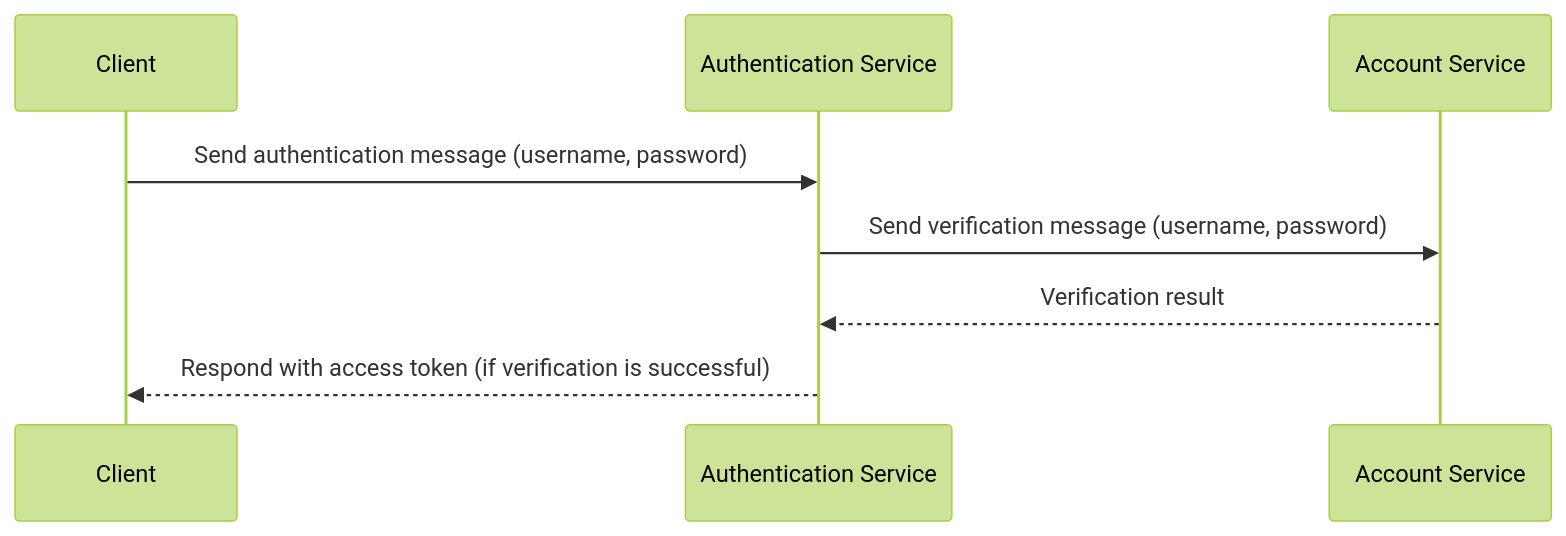
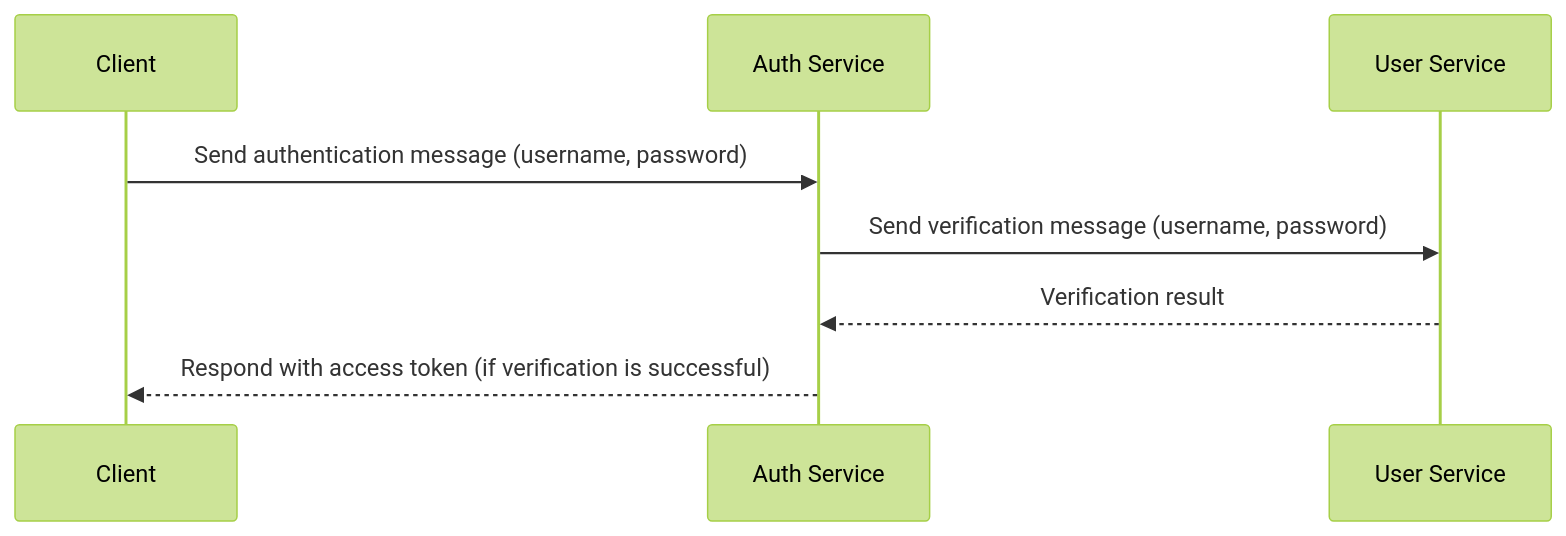
The diagram in auth/README.md (KalGookSoo/springboot-msa), drawn with Mermaid (forest theme) before and after one commit. The commit also changed other lines of this file, not shown here.

Commit message:
docs: :auth README.md 수정 모듈 명칭 변경

````diff
--- a/auth/README.md
+++ b/auth/README.md
@@ -70,11 +70,11 @@
 ```mermaid
 sequenceDiagram
     participant Client
-    participant Authentication Service
-    participant Account Service
+    participant Auth Service
+    participant User Service
 
-    Client->>Authentication Service: Send authentication message (username, password)
-    Authentication Service->>Account Service: Send verification message (username, password)
-    Account Service-->>Authentication Service: Verification result
-    Authentication Service-->>Client: Respond with access token (if verification is successful)
+    Client->>Auth Service: Send authentication message (username, password)
+    Auth Service->>User Service: Send verification message (username, password)
+    User Service-->>Auth Service: Verification result
+    Auth Service-->>Client: Respond with access token (if verification is successful)
 ```
````
